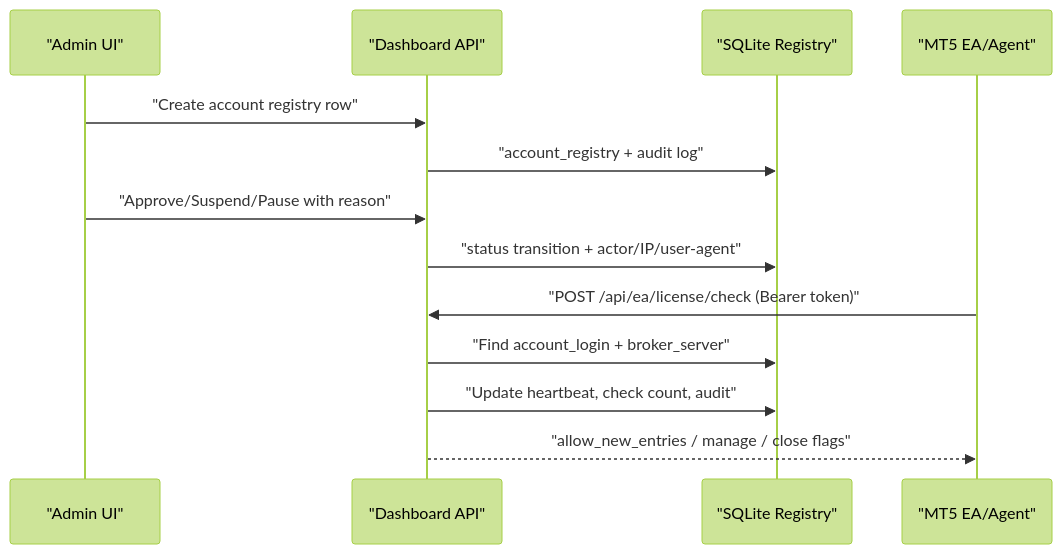
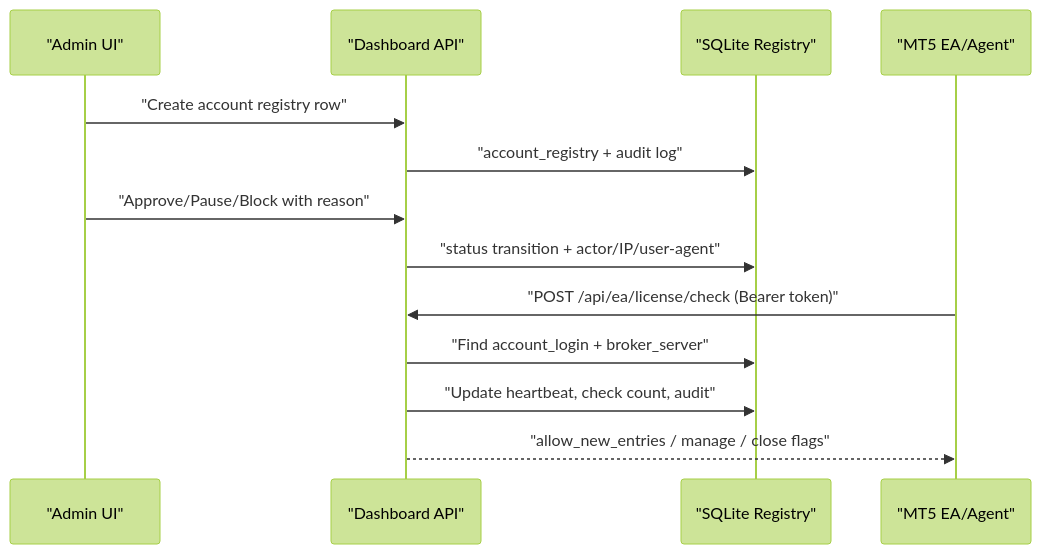
One commit to tongzxcv/the-entity-dashboard changed the diagram in docs/account-approval-license-gate.md. Above: the diagram before and after it, drawn with Mermaid (forest theme). The commit also changed other lines of this file and 3 other files, not shown here.

````diff
--- a/docs/account-approval-license-gate.md
+++ b/docs/account-approval-license-gate.md
@@ -27,16 +30,16 @@
 ```mermaid
 sequenceDiagram
     participant Admin as "Admin UI"
     participant API as "Dashboard API"
     participant DB as "SQLite Registry"
     participant EA as "MT5 EA/Agent"
 
     Admin->>API: "Create account registry row"
     API->>DB: "account_registry + audit log"
-    Admin->>API: "Approve/Suspend/Pause with reason"
+    Admin->>API: "Approve/Pause/Block with reason"
     API->>DB: "status transition + actor/IP/user-agent"
     EA->>API: "POST /api/ea/license/check (Bearer token)"
     API->>DB: "Find account_login + broker_server"
     API->>DB: "Update heartbeat, check count, audit"
     API-->>EA: "allow_new_entries / manage / close flags"
 ```
````
